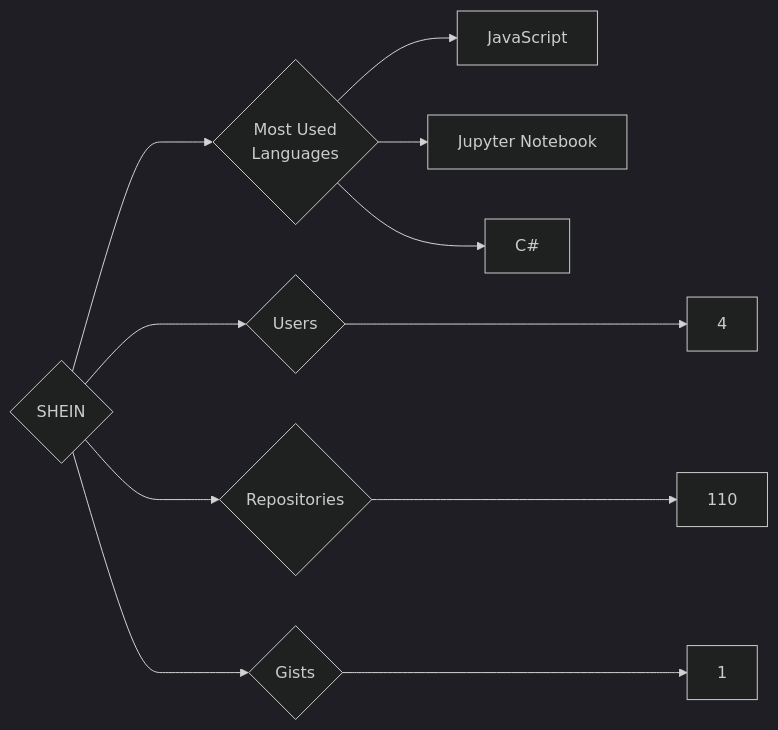
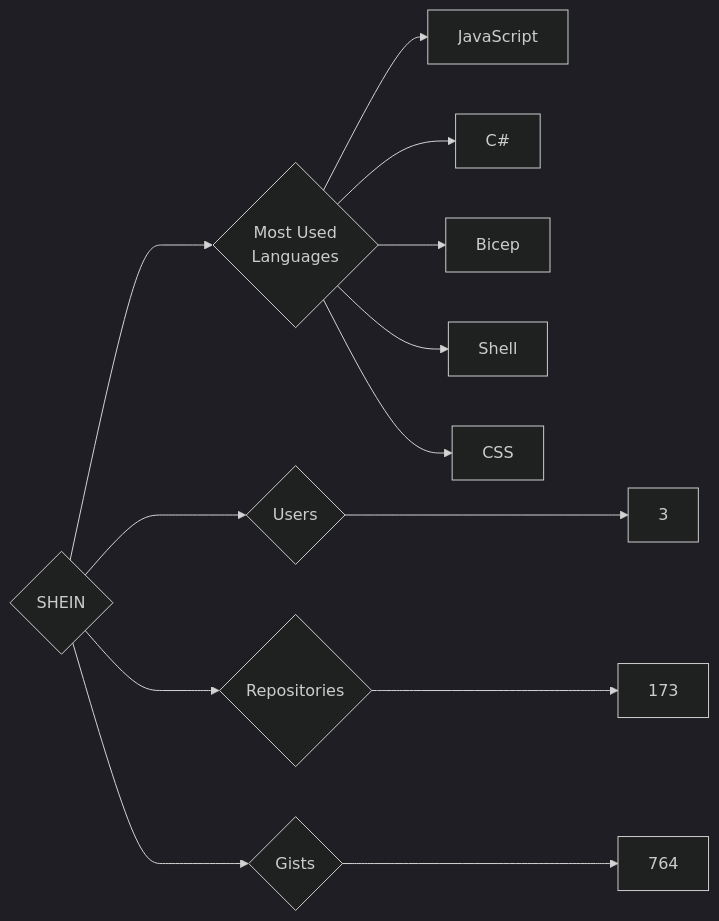
Before and after one commit to trickest/insiders: the diagram in targets/SHEIN/README.md, drawn with Mermaid (dark theme). The commit also changed 1496 other files, not shown here.

````diff
--- a/targets/SHEIN/README.md
+++ b/targets/SHEIN/README.md
@@ -3,11 +3,13 @@
 ```mermaid
 graph LR
 COMPANY_NAME{SHEIN}
-COMPANY_NAME ---> U{Users} ---> UN[4]
-COMPANY_NAME ---> R{Repositories} ---> RN[110]
-COMPANY_NAME ---> G{Gists} ---> GN[1]
+COMPANY_NAME ---> U{Users} ---> UN[3]
+COMPANY_NAME ---> R{Repositories} ---> RN[173]
+COMPANY_NAME ---> G{Gists} ---> GN[764]
 COMPANY_NAME ---> ML{Most Used<br>Languages}
 ML --> JavaScript[JavaScript]
-ML --> Jupyter_Notebook[Jupyter Notebook]
 ML --> C#[C#]
+ML --> Bicep[Bicep]
+ML --> Shell[Shell]
+ML --> CSS[CSS]
 ```
````
